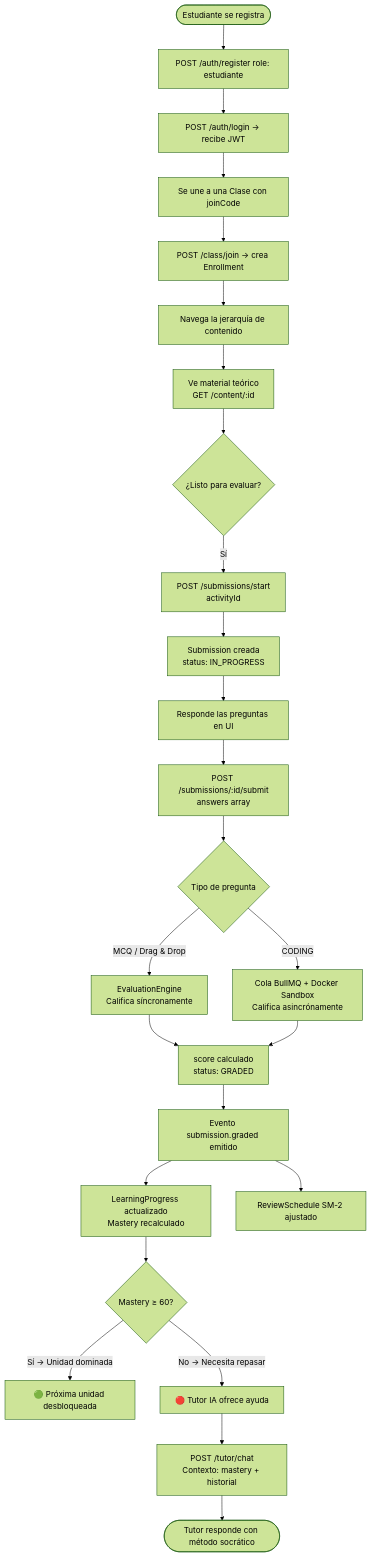
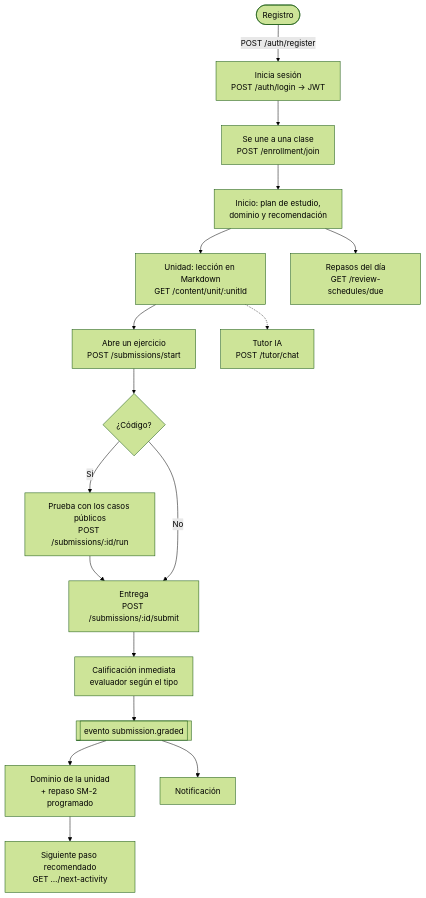
The first of 2 diagrams in docs/02_FLUJOS_Y_OPERACIONES.md (Jeider-Gomez/Stire-Soft), drawn with Mermaid (forest theme) before and after one commit. The commit also changed other lines of this file and 421 other files, not shown here.

````diff
--- a/docs/02_FLUJOS_Y_OPERACIONES.md
+++ b/docs/02_FLUJOS_Y_OPERACIONES.md
@@ -12,27 +15,19 @@
 ```mermaid
 flowchart TD
-    A([Estudiante se registra]) --> B[POST /auth/register role: estudiante]
-    B --> C[POST /auth/login → recibe JWT]
-    C --> D[Se une a una Clase con joinCode]
-    D --> E[POST /class/join → crea Enrollment]
-    E --> F[Navega la jerarquía de contenido]
-    F --> G[Ve material teórico\nGET /content/:id]
-    G --> H{¿Listo para evaluar?}
-    H -- Sí --> I[POST /submissions/start\nactivityId]
-    I --> J[Submission creada\nstatus: IN_PROGRESS]
-    J --> K[Responde las preguntas en UI]
-    K --> L[POST /submissions/:id/submit\nanswers array]
-    L --> M{Tipo de pregunta}
-    M -- MCQ / Drag & Drop --> N[EvaluationEngine\nCalifica síncronamente]
-    M -- CODING --> O[Cola BullMQ + Docker Sandbox\nCalifica asincrónamente]
-    N --> P[score calculado\nstatus: GRADED]
-    O --> P
-    P --> Q[Evento submission.graded emitido]
-    Q --> R[LearningProgress actualizado\nMastery recalculado]
-    Q --> S[ReviewSchedule SM-2 ajustado]
-    R --> T{Mastery ≥ 60?}
-    T -- Sí → Unidad dominada --> U[🟢 Próxima unidad desbloqueada]
-    T -- No → Necesita repasar --> V[🔴 Tutor IA ofrece ayuda]
-    V --> W[POST /tutor/chat\nContexto: mastery + historial]
-    W --> X([Tutor responde con método socrático])
+    A([Registro]) -->|POST /auth/register| B[Inicia sesión<br/>POST /auth/login → JWT]
+    B --> C[Se une a una clase<br/>POST /enrollment/join]
+    C --> D[Inicio: plan de estudio,<br/>dominio y recomendación]
+    D --> E[Unidad: lección en Markdown<br/>GET /content/unit/:unitId]
+    E --> F[Abre un ejercicio<br/>POST /submissions/start]
+    F --> G{¿Código?}
+    G -- Sí --> H[Prueba con los casos públicos<br/>POST /submissions/:id/run]
+    H --> I
+    G -- No --> I[Entrega<br/>POST /submissions/:id/submit]
+    I --> J[Calificación inmediata<br/>evaluador según el tipo]
+    J --> K[[evento submission.graded]]
+    K --> L[Dominio de la unidad<br/>+ repaso SM-2 programado]
+    K --> M[Notificación]
+    L --> N[Siguiente paso recomendado<br/>GET …/next-activity]
+    D --> O[Repasos del día<br/>GET /review-schedules/due]
+    E -.-> P[Tutor IA<br/>POST /tutor/chat]
 ```
````
